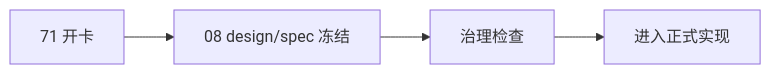
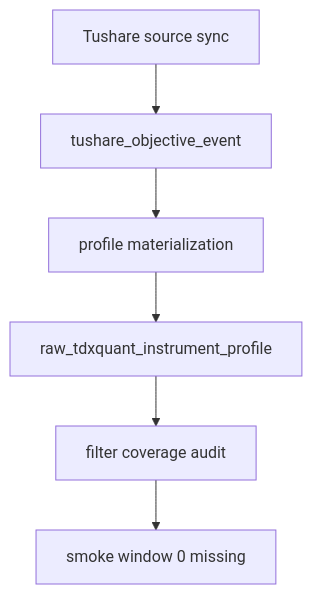
One commit to everything-is-simple/lifespan-0.01 changed the diagram in docs/03-execution/evidence/71-tushare-objective-source-ledger-and-profile-materialization-evidence-20260415.md. Above: the diagram before and after it, drawn with Mermaid. The commit also changed other lines of this file and 5 other files, not shown here.

Commit message:
data: fix tushare smoke scope filtering

````diff
--- a/docs/03-execution/evidence/71-tushare-objective-source-ledger-and-profile-materialization-evidence-20260415.md
+++ b/docs/03-execution/evidence/71-tushare-objective-source-ledger-and-profile-materialization-evidence-20260415.md
@@ -36,6 +112,8 @@
 ```mermaid
-flowchart LR
-    OPEN["71 开卡"] --> SPEC["08 design/spec 冻结"]
-    SPEC --> GOV["治理检查"]
-    GOV --> NEXT["进入正式实现"]
+flowchart TD
+    A["Tushare source sync"] --> B["tushare_objective_event"]
+    B --> C["profile materialization"]
+    C --> D["raw_tdxquant_instrument_profile"]
+    D --> E["filter coverage audit"]
+    E --> F["smoke window 0 missing"]
 ```
````
